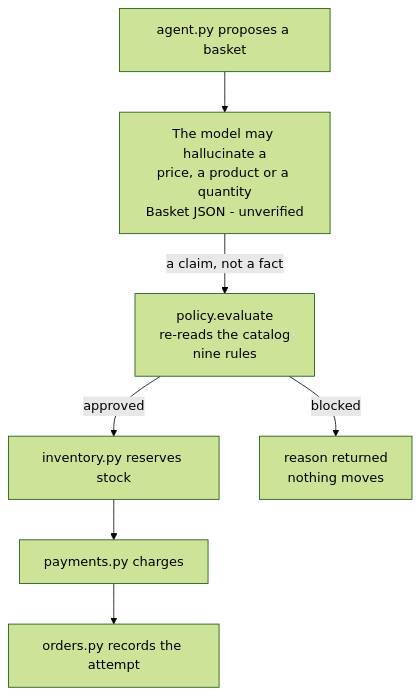
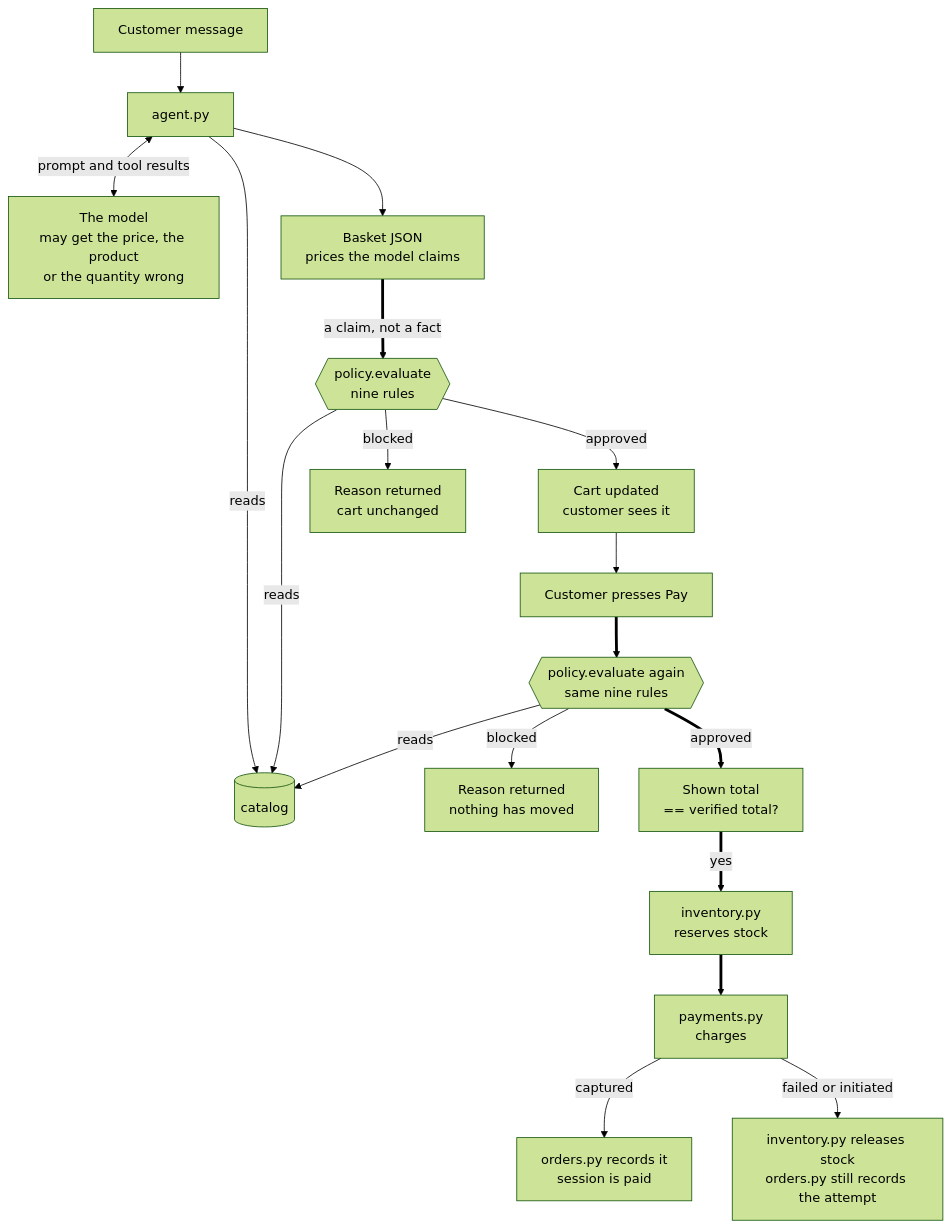
One commit to akriti706/Agentic-Bakery changed the second of 8 diagrams in ARCHITECTURE.MD. Above: the diagram before and after it, drawn with Mermaid (forest theme).

Commit message:
flowchart correction

````diff
--- a/ARCHITECTURE.MD
+++ b/ARCHITECTURE.MD
@@ -142,11 +142,23 @@
 ```mermaid
 flowchart TD
-    A[agent.py proposes a basket]
-    B[The model may hallucinate a<br/>price, a product or a quantity</br>Basket JSON - unverified]
-    A --> B
-    B -->|a claim, not a fact| GATE[policy.evaluate<br/>re-reads the catalog<br/>nine rules]
-    GATE -->|approved| D[inventory.py reserves stock]
-    D --> E[payments.py charges]
-    E --> F[orders.py records the attempt]
-    GATE -->|blocked| G[reason returned<br/>nothing moves]
+    MSG[Customer message]
+    MSG --> AG[agent.py]
+    AG <-->|prompt and tool results| LLM[The model<br/>may get the price, the product<br/>or the quantity wrong]
+    AG -->|reads| CAT[(catalog)]
+    AG --> BASKET[Basket JSON<br/>prices the model claims]
+ 
+    BASKET ==>|a claim, not a fact| GATE1{{policy.evaluate<br/>nine rules}}
+    GATE1 -->|reads| CAT
+    GATE1 -->|blocked| STOP1[Reason returned<br/>cart unchanged]
+    GATE1 -->|approved| CART[Cart updated<br/>customer sees it]
+ 
+    CART --> PAYBTN[Customer presses Pay]
+    PAYBTN ==> GATE2{{policy.evaluate again<br/>same nine rules}}
+    GATE2 -->|reads| CAT
+    GATE2 -->|blocked| STOP2[Reason returned<br/>nothing has moved]
+    GATE2 ==>|approved| TOTAL[Shown total<br/>== verified total?]
+    TOTAL ==>|yes| RES[inventory.py<br/>reserves stock]
+    RES ==> CHG[payments.py<br/>charges]
+    CHG -->|captured| DONE[orders.py records it<br/>session is paid]
+    CHG -->|failed or initiated| BACK[inventory.py releases stock<br/>orders.py still records the attempt]
 ```
````
